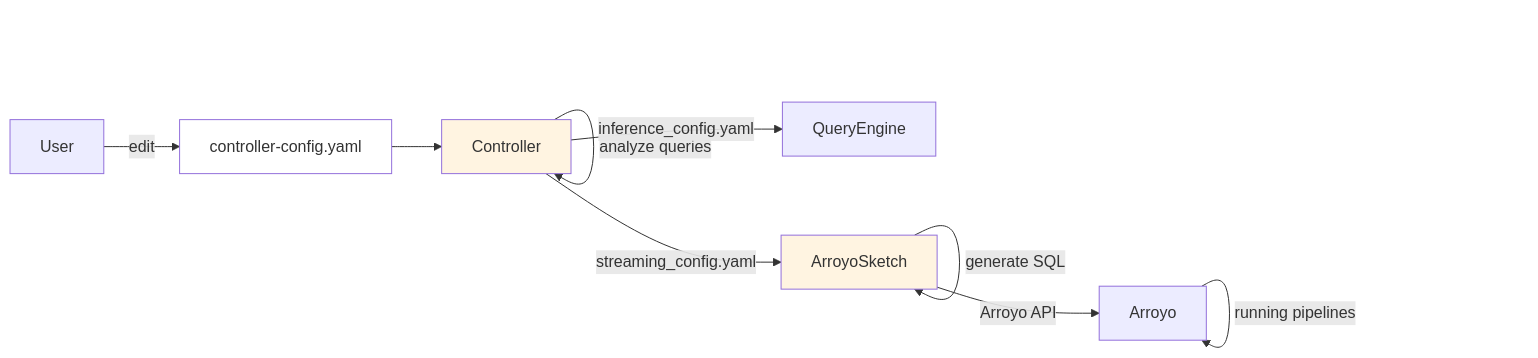
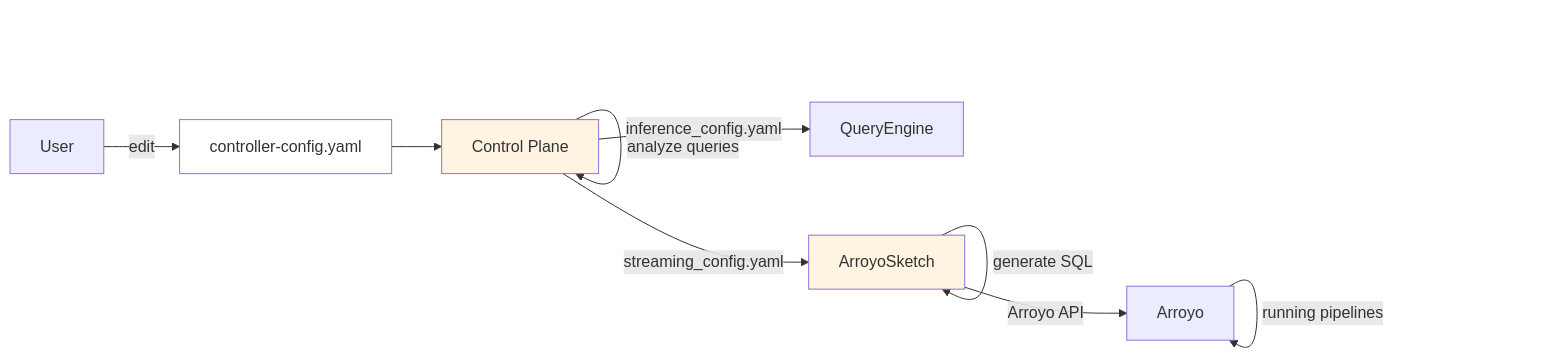
Before and after one commit to ProjectASAP/ASAPQuery-backend: the fourth of 4 diagrams in docs/01-getting-started/architecture.md, drawn with Mermaid. The commit also changed other lines of this file and 211 other files, not shown here.

First line of the commit message:
refactor(control_plane): rename controller → control_plane

````diff
--- a/docs/01-getting-started/architecture.md
+++ b/docs/01-getting-started/architecture.md
@@ -144,15 +144,15 @@
 ```mermaid
 graph LR
     U[User] -->|edit| CC[controller-config.yaml]
-    CC --> C[Controller]
+    CC --> C[Control Plane]
     C -->|analyze queries| C
     C -->|streaming_config.yaml| AS[ArroyoSketch]
     C -->|inference_config.yaml| Q[QueryEngine]
     AS -->|generate SQL| AS
     AS -->|Arroyo API| A[Arroyo]
     A -->|running pipelines| A
 
     style CC fill:#fff
     style C fill:#fff4e1
     style AS fill:#fff4e1
 ```
````
